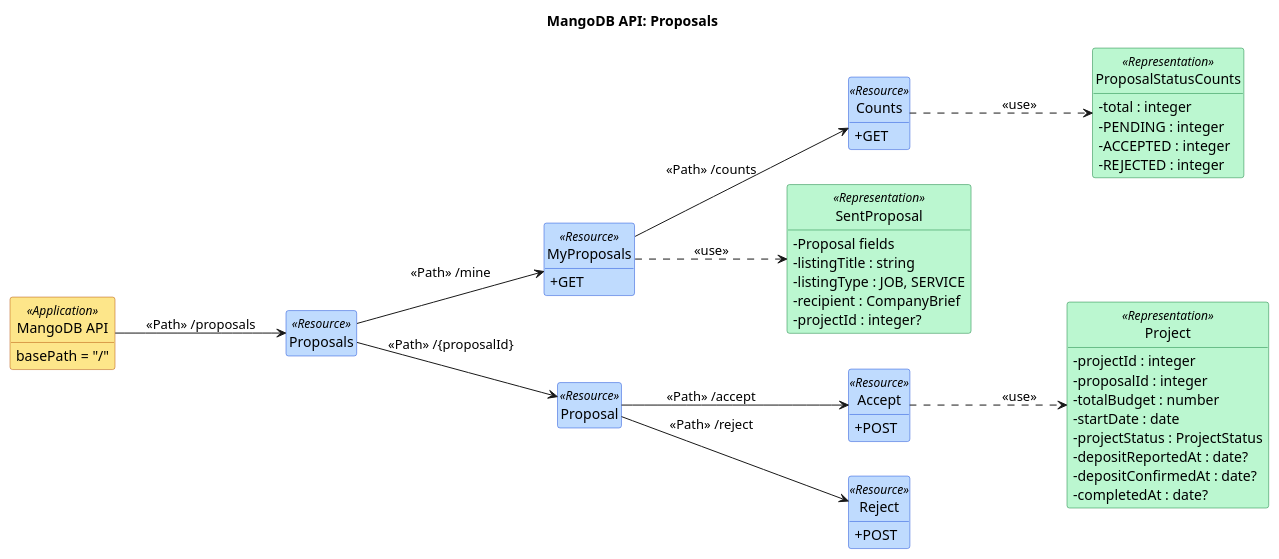
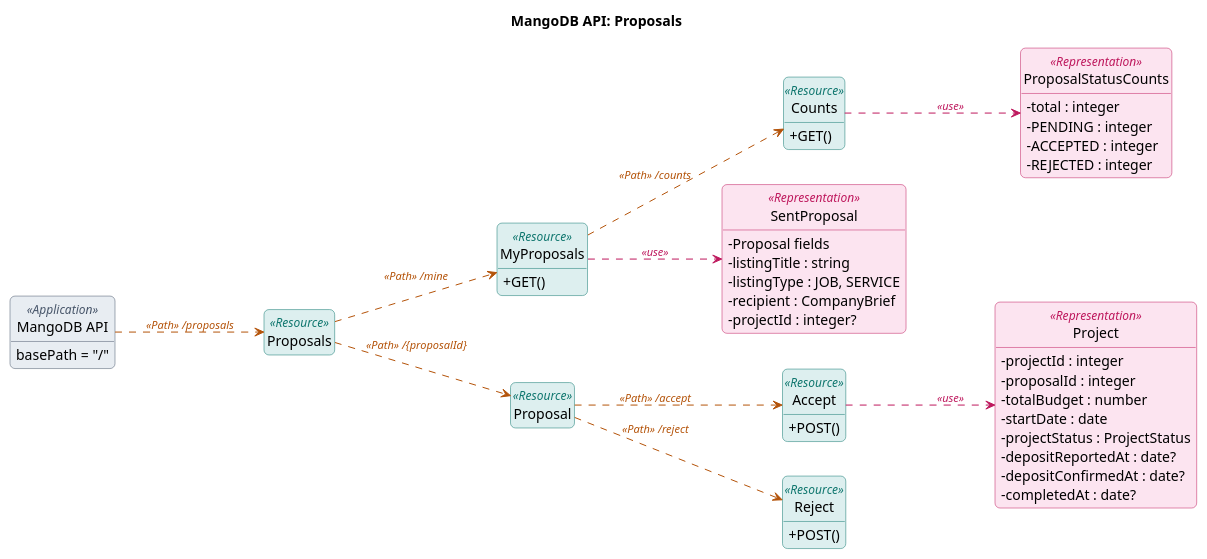
One commit to taofuuu/MangoDB changed the diagram in docs/api/uml/proposals.puml. Above: the diagram before and after it, drawn with PlantUML. The commit also changed 31 other files, not shown here.

First line of the commit message:
docs(api): document quotation and cancel endpoints, restyle UML API diagrams

```diff
--- a/docs/api/uml/proposals.puml
+++ b/docs/api/uml/proposals.puml
@@ -1,66 +1,74 @@
 @startuml
 left to right direction
 skinparam classAttributeIconSize 0
 hide circle
 hide empty members
+skinparam shadowing false
+skinparam roundcorner 10
+skinparam ClassFontStyle bold
+skinparam ClassAttributeFontStyle plain
+skinparam ArrowFontSize 11
 skinparam class {
-  BackgroundColor<<Application>> #FDE68A
-  BorderColor<<Application>> #B45309
-  BackgroundColor<<Resource>> #BFDBFE
-  BorderColor<<Resource>> #1D4ED8
-  BackgroundColor<<Representation>> #BBF7D0
-  BorderColor<<Representation>> #15803D
+  BackgroundColor<<Application>> #E8EDF2
+  BorderColor<<Application>> #475569
+  BackgroundColor<<Resource>> #DDEFEF
+  BorderColor<<Resource>> #0F766E
+  BackgroundColor<<Representation>> #FCE4F0
+  BorderColor<<Representation>> #BE185D
+  StereotypeFontColor<<Application>> #475569
+  StereotypeFontColor<<Resource>> #0F766E
+  StereotypeFontColor<<Representation>> #BE185D
 }
 title MangoDB API: Proposals
 
 class "MangoDB API" as API <<Application>> {
   basePath = "/"
 }
 class "Proposals" as Proposals <<Resource>>
 class "MyProposals" as MyProposals <<Resource>> {
-  + GET
+  + GET()
 }
 class "Counts" as Counts <<Resource>> {
-  + GET
+  + GET()
 }
 class "Proposal" as ProposalR <<Resource>>
 class "Accept" as Accept <<Resource>> {
-  + POST
+  + POST()
 }
 class "Reject" as Reject <<Resource>> {
-  + POST
+  + POST()
 }
 class "SentProposal" as SentProposalRep <<Representation>> {
   -Proposal fields
   -listingTitle : string
   -listingType : JOB, SERVICE
   -recipient : CompanyBrief
   -projectId : integer?
 }
 class "ProposalStatusCounts" as ProposalStatusCountsRep <<Representation>> {
   -total : integer
   -PENDING : integer
   -ACCEPTED : integer
   -REJECTED : integer
 }
 class "Project" as ProjectRep <<Representation>> {
   -projectId : integer
   -proposalId : integer
   -totalBudget : number
   -startDate : date
   -projectStatus : ProjectStatus
   -depositReportedAt : date?
   -depositConfirmedAt : date?
   -completedAt : date?
 }
 
-API --> Proposals : <<Path>> /proposals
-Proposals --> MyProposals : <<Path>> /mine
-MyProposals ..> SentProposalRep : <<use>>
-MyProposals --> Counts : <<Path>> /counts
-Counts ..> ProposalStatusCountsRep : <<use>>
-Proposals --> ProposalR : <<Path>> /{proposalId}
-ProposalR --> Accept : <<Path>> /accept
-Accept ..> ProjectRep : <<use>>
-ProposalR --> Reject : <<Path>> /reject
+API -[#B45309,dashed]-> Proposals : <i><color:#B45309>«Path» /proposals</color></i>
+Proposals -[#B45309,dashed]-> MyProposals : <i><color:#B45309>«Path» /mine</color></i>
+MyProposals -[#BE185D,dashed]-> SentProposalRep : <i><color:#BE185D>«use»</color></i>
+MyProposals -[#B45309,dashed]-> Counts : <i><color:#B45309>«Path» /counts</color></i>
+Counts -[#BE185D,dashed]-> ProposalStatusCountsRep : <i><color:#BE185D>«use»</color></i>
+Proposals -[#B45309,dashed]-> ProposalR : <i><color:#B45309>«Path» /{proposalId}</color></i>
+ProposalR -[#B45309,dashed]-> Accept : <i><color:#B45309>«Path» /accept</color></i>
+Accept -[#BE185D,dashed]-> ProjectRep : <i><color:#BE185D>«use»</color></i>
+ProposalR -[#B45309,dashed]-> Reject : <i><color:#B45309>«Path» /reject</color></i>
 @enduml
```
